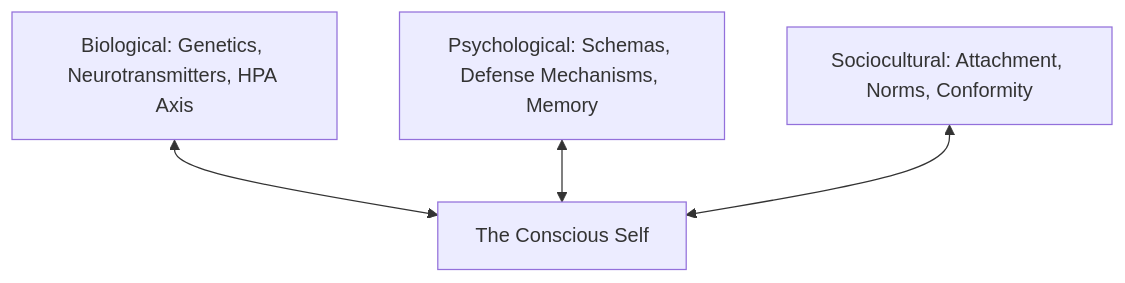
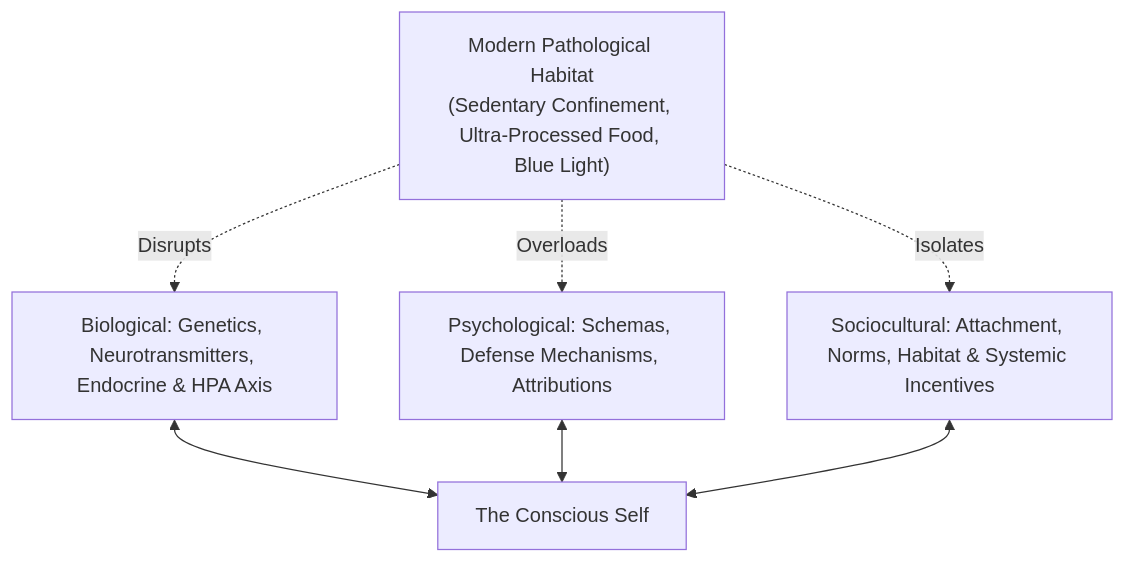
One commit to vs00918/ytdecoded changed the first of 4 diagrams in src/content/topics/the-biopsychosocial-foundations-of-the-human-mind.md. Above: the diagram before and after it, drawn with Mermaid. The commit also changed other lines of this file, not shown here.

````diff
--- a/src/content/topics/the-biopsychosocial-foundations-of-the-human-mind.md
+++ b/src/content/topics/the-biopsychosocial-foundations-of-the-human-mind.md
@@ -47,6 +73,10 @@
 ```mermaid
 flowchart TD
-    Bio["Biological: Genetics, Neurotransmitters, HPA Axis"] <--> Mind["The Conscious Self"]
-    Psycho["Psychological: Schemas, Defense Mechanisms, Memory"] <--> Mind
-    Social["Sociocultural: Attachment, Norms, Conformity"] <--> Mind
+    Bio["Biological: Genetics, Neurotransmitters, Endocrine & HPA Axis"] <--> Mind["The Conscious Self"]
+    Psycho["Psychological: Schemas, Defense Mechanisms, Attributions"] <--> Mind
+    Social["Sociocultural: Attachment, Norms, Habitat & Systemic Incentives"] <--> Mind
+    
+    Habitat["Modern Pathological Habitat<br>(Sedentary Confinement, Ultra-Processed Food, Blue Light)"] -.->|Disrupts| Bio
+    Habitat -.->|Overloads| Psycho
+    Habitat -.->|Isolates| Social
 ```
````
